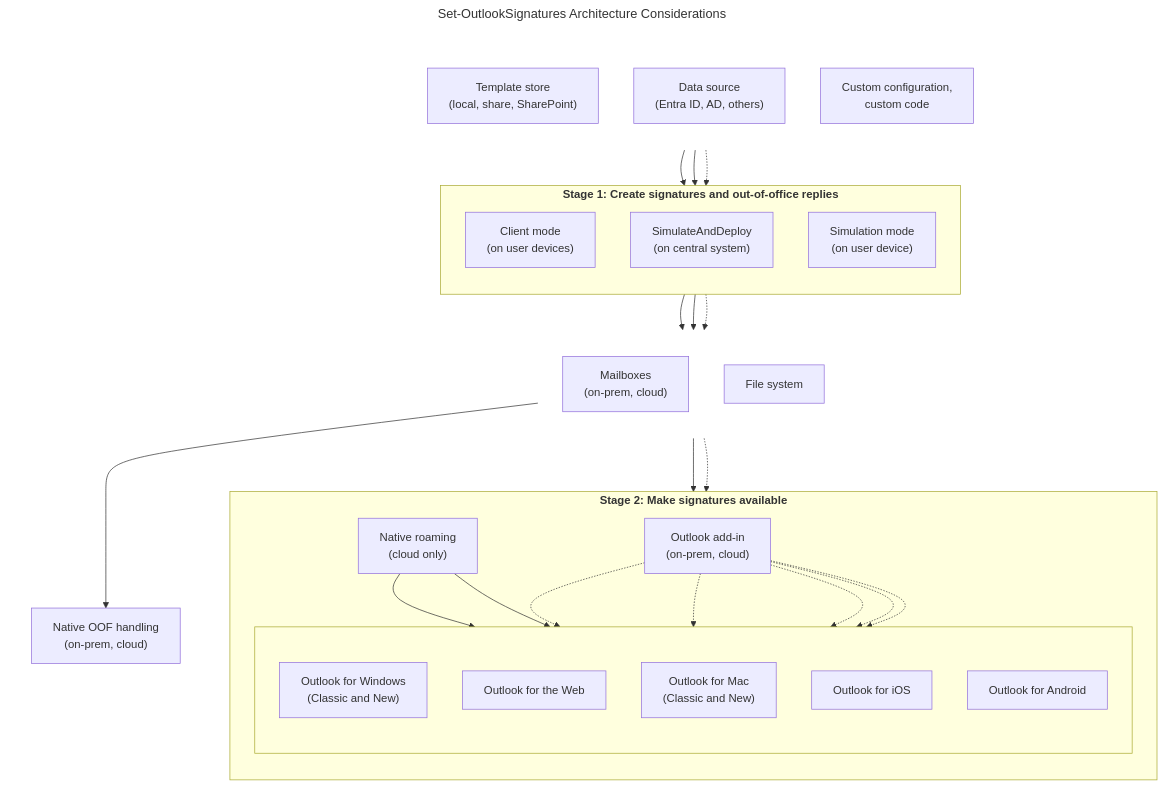
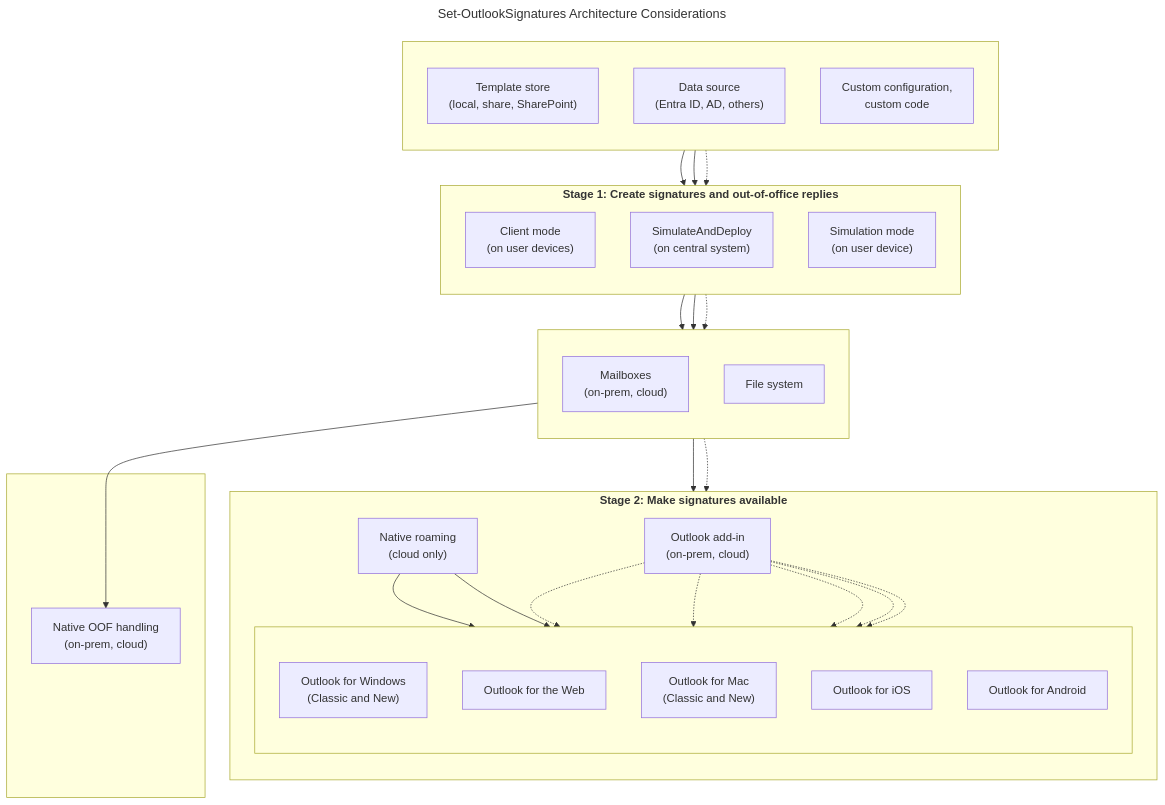
One commit to ExplicITConsulting/set-outlooksignatures.com changed the first of 2 diagrams in details.en.md. Above: the diagram before and after it, drawn with Mermaid.

Commit message:
docs(details): refactor architecture diagram spacing

````diff
--- a/details.en.md
+++ b/details.en.md
@@ -100,76 +100,76 @@
 ```mermaid
 ---
 title: Set-OutlookSignatures Architecture Considerations
 ---
 flowchart TB
   classDef invisible fill:none,stroke:none;
 
   subgraph inputs [" "]
     direction TB
 
     templatestore["Template store<br/>(local, share, SharePoint)"]
     datasource["Data source<br/>(Entra ID, AD, others)"]
     config["Custom configuration,<br/>custom code"]
   end
 
   subgraph gen ["<b>Stage 1: Create signatures and out-of-office replies</b>"]
     direction TB
 
     clientmode["Client mode<br>(on user devices)"]
     simulateanddeploy["SimulateAndDeploy<br>(on central system)"]
     simulate["Simulation mode<br>(on user device)"]
   end
 
   subgraph mid [" "]
     direction TB
 
     mailbox["Mailboxes<br>(on-prem, cloud)"]
     filesystem["File system"]
   end
 
   subgraph avail ["<b>Stage 2: Make signatures available</b>"]
     direction TB
 
     roam["Native roaming<br>(cloud only)"]
     addin["Outlook add-in<br>(on-prem, cloud)"]
 
     subgraph outlookeditions [" "]
       direction TB
 
       WinOutlook["Outlook for Windows<br>(Classic and New)"]
       WebOutlook["Outlook for the Web"]
       Mac["Outlook for Mac<br>(Classic and New)"]
       iOS["Outlook for iOS"]
       Android["Outlook for Android"]
     end
   end
 
   subgraph oofbox[" "]
     oof["Native OOF handling<br>(on-prem, cloud)"]
   end
 
   templatestore --> gen
   datasource --> gen
   config -.-> gen
 
   clientmode --> mailbox
   simulateanddeploy --> mailbox
-  simulate .-> filesystem
+  simulate -.-> filesystem
 
   mailbox --> roam
   mailbox --> oof
-  mailbox .-> addin
+  mailbox -.-> addin
 
   roam --> WinOutlook
   roam --> WebOutlook
 
-  addin .-> WinOutlook
-  addin .-> WebOutlook
-  addin .-> Mac
-  addin .-> iOS
-  addin .-> Android
+  addin -.-> WinOutlook
+  addin -.-> WebOutlook
+  addin -.-> Mac
+  addin -.-> iOS
+  addin -.-> Android
 
-  class oofbox invisible;
-  class inputs invisible;
-  class mid invisible;
+  %% class oofbox invisible;
+  %% class inputs invisible;
+  %% class mid invisible;
 ```
````
